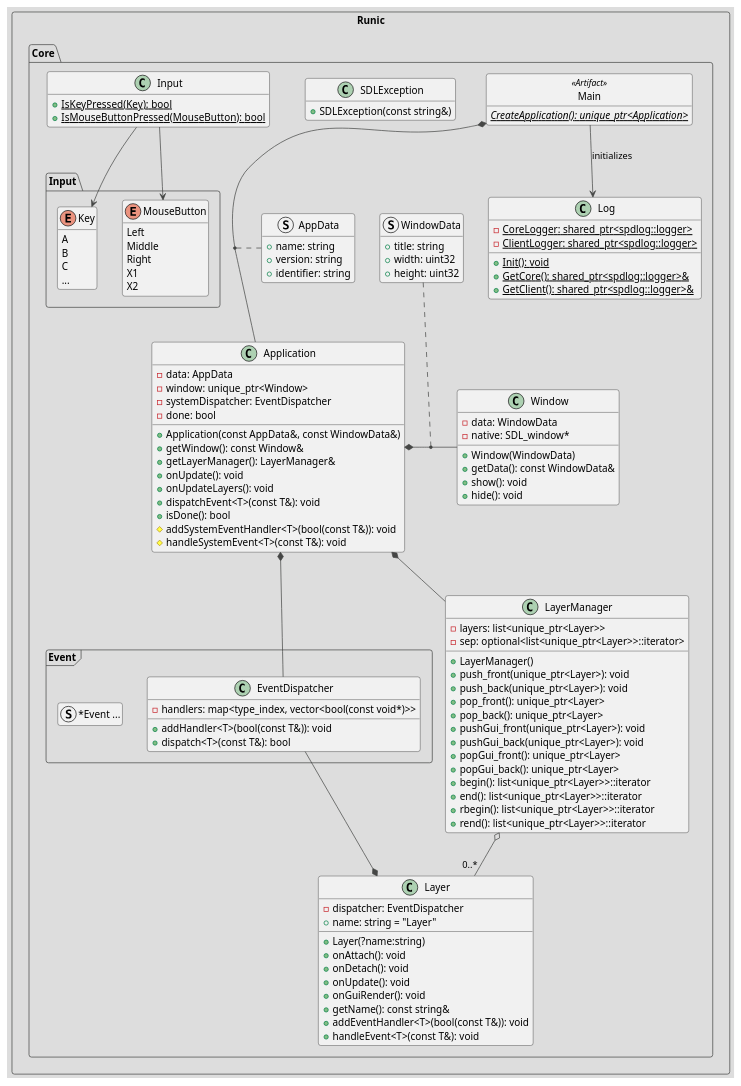
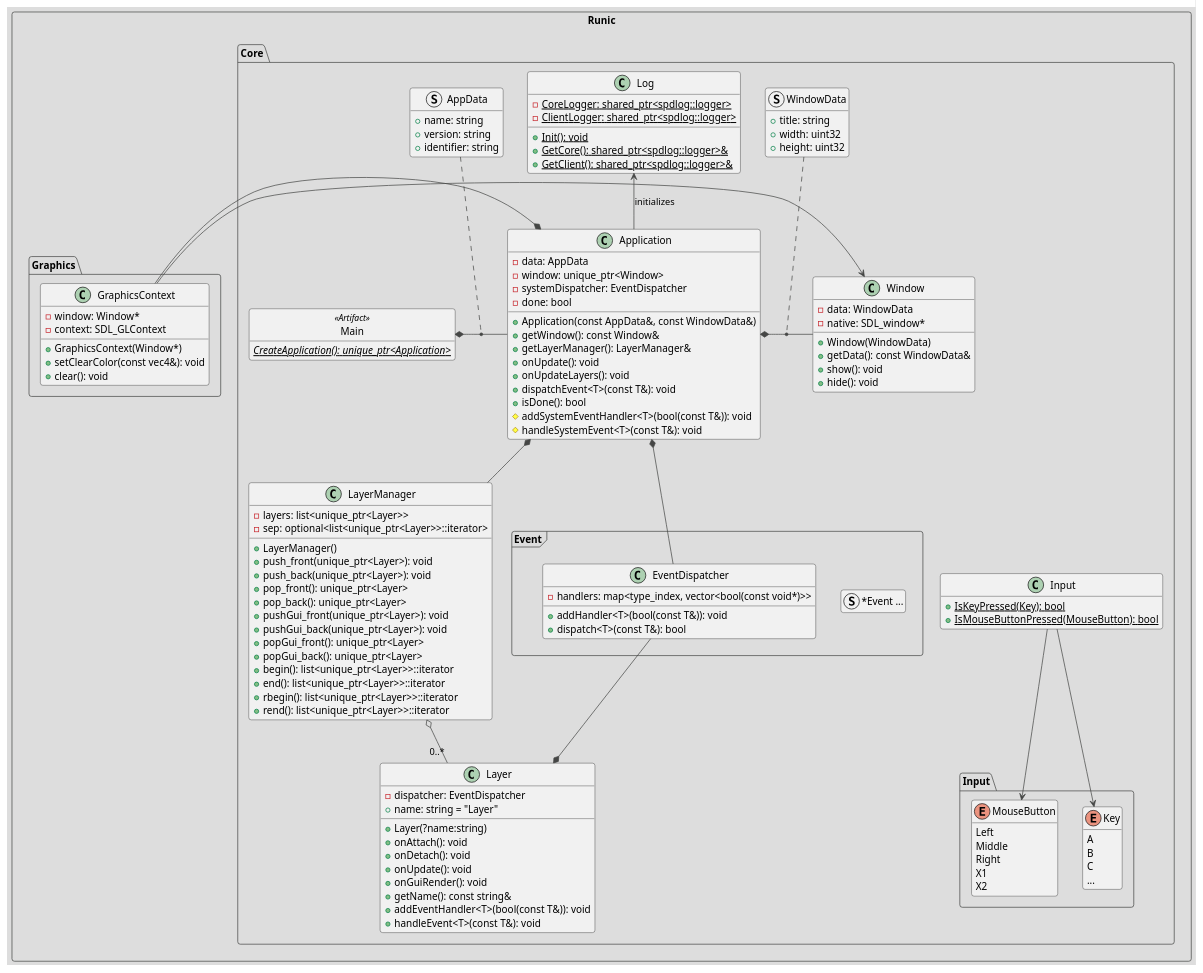
The diagram in Runic/doc/classes.plantuml (dedbox/Runic), drawn with PlantUML before and after one commit. The commit also changed 6 other files, not shown here.

First line of the commit message:
add basic GraphicsContext with OpenGL initialization

```diff
--- a/Runic/doc/classes.plantuml
+++ b/Runic/doc/classes.plantuml
@@ -1,148 +1,159 @@
 @startuml
 !theme toy
 
 package Runic <<rectangle>> {
   package Core <<folder>> {
     class Main <<Artifact>> {
       {static} {abstract} CreateApplication(): unique_ptr<Application>
     }
 
     hide <<Artifact>> circle
     hide <<Artifact>> fields
 
     struct AppData {
       + name: string
       + version: string
       + identifier: string
     }
 
     class Application {
       - data: AppData
       - window: unique_ptr<Window>
       - systemDispatcher: EventDispatcher
       - done: bool
       + Application(const AppData&, const WindowData&)
       + getWindow(): const Window&
       + getLayerManager(): LayerManager&
       + onUpdate(): void
       + onUpdateLayers(): void
       + dispatchEvent<T>(const T&): void
       + isDone(): bool
       # addSystemEventHandler<T>(bool(const T&)): void
       # handleSystemEvent<T>(const T&): void
     }
 
-    Main *-- Application
-    AppData . (Main, Application)
+    Main *- Application
+    AppData .. (Main, Application)
 
     struct WindowData {
       + title: string
       + width: uint32
       + height: uint32
     }
 
     class Window {
       - data: WindowData
       - native: SDL_window*
       + Window(WindowData)
       + getData(): const WindowData&
       + show(): void
       + hide(): void
     }
 
-    Application *-right- Window
-    WindowData . (Application, Window)
-
-    class SDLException {
-      + SDLException(const string&)
-    }
+    Application *- Window
+    WindowData .. (Application, Window)
 
     class Log {
       {static} - CoreLogger: shared_ptr<spdlog::logger>
       {static} - ClientLogger: shared_ptr<spdlog::logger>
       {static} + Init(): void
       {static} + GetCore(): shared_ptr<spdlog::logger>&
       {static} + GetClient(): shared_ptr<spdlog::logger>&
     }
 
-    Main --> Log : initializes
+     Application -up-> Log : initializes
 
     class Input {
       {static} + IsKeyPressed(Key): bool
       {static} + IsMouseButtonPressed(MouseButton): bool
     }
 
     package Input as InputPkg {
       enum Key {
         A
         B
         C
         ...
       }
 
       enum MouseButton {
         Left
         Middle
         Right
         X1
         X2
       }
     }
 
     Input --> Key
     Input --> MouseButton
 
     package Event <<Frame>> {
       struct "*Event ..." as ConcreteEvent
 
       class EventDispatcher {
         {field} - handlers: map<type_index, vector<bool(const void*)>>
         + addHandler<T>(bool(const T&)): void
         + dispatch<T>(const T&): bool
       }
     }
 
     Application *-- EventDispatcher
 
     class Layer {
       - dispatcher: EventDispatcher
       + name: string = "Layer"
       + Layer(?name:string)
       + onAttach(): void
       + onDetach(): void
       + onUpdate(): void
       + onGuiRender(): void
       + getName(): const string&
       + addEventHandler<T>(bool(const T&)): void
       + handleEvent<T>(const T&): void
     }
 
-    Layer *-left- EventDispatcher
+    Layer *-- EventDispatcher
 
     class LayerManager {
       - layers: list<unique_ptr<Layer>>
       - sep: optional<list<unique_ptr<Layer>>::iterator>
       + LayerManager()
       + push_front(unique_ptr<Layer>): void
       + push_back(unique_ptr<Layer>): void
       + pop_front(): unique_ptr<Layer>
       + pop_back(): unique_ptr<Layer>
       + pushGui_front(unique_ptr<Layer>): void
       + pushGui_back(unique_ptr<Layer>): void
       + popGui_front(): unique_ptr<Layer>
       + popGui_back(): unique_ptr<Layer>
       + begin(): list<unique_ptr<Layer>>::iterator
       + end(): list<unique_ptr<Layer>>::iterator
       + rbegin(): list<unique_ptr<Layer>>::iterator
       + rend(): list<unique_ptr<Layer>>::iterator
     }
 
     LayerManager o-- "0..*" Layer
+    Application *-- LayerManager
 
-    Application *-- LayerManager
+    LayerManager -[hidden]left- Event
+    LayerManager -[hidden]right- Input
+  }
+
+  package Graphics {
+    class GraphicsContext {
+      - window: Window*
+      - context: SDL_GLContext
+      + GraphicsContext(Window*)
+      + setClearColor(const vec4&): void
+      + clear(): void
+    }
+
+    Application *- GraphicsContext
+    GraphicsContext -> Window
   }
 }
 
 hide empty members
 
 @enduml
```
